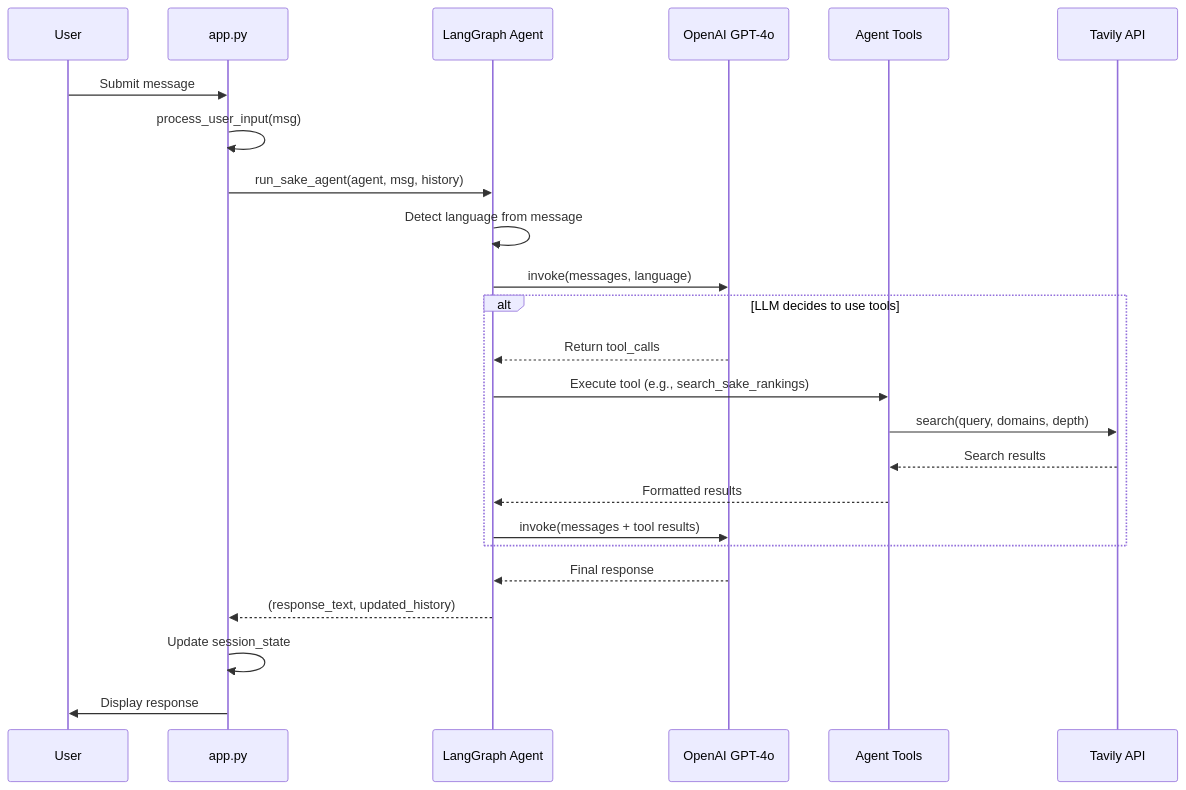
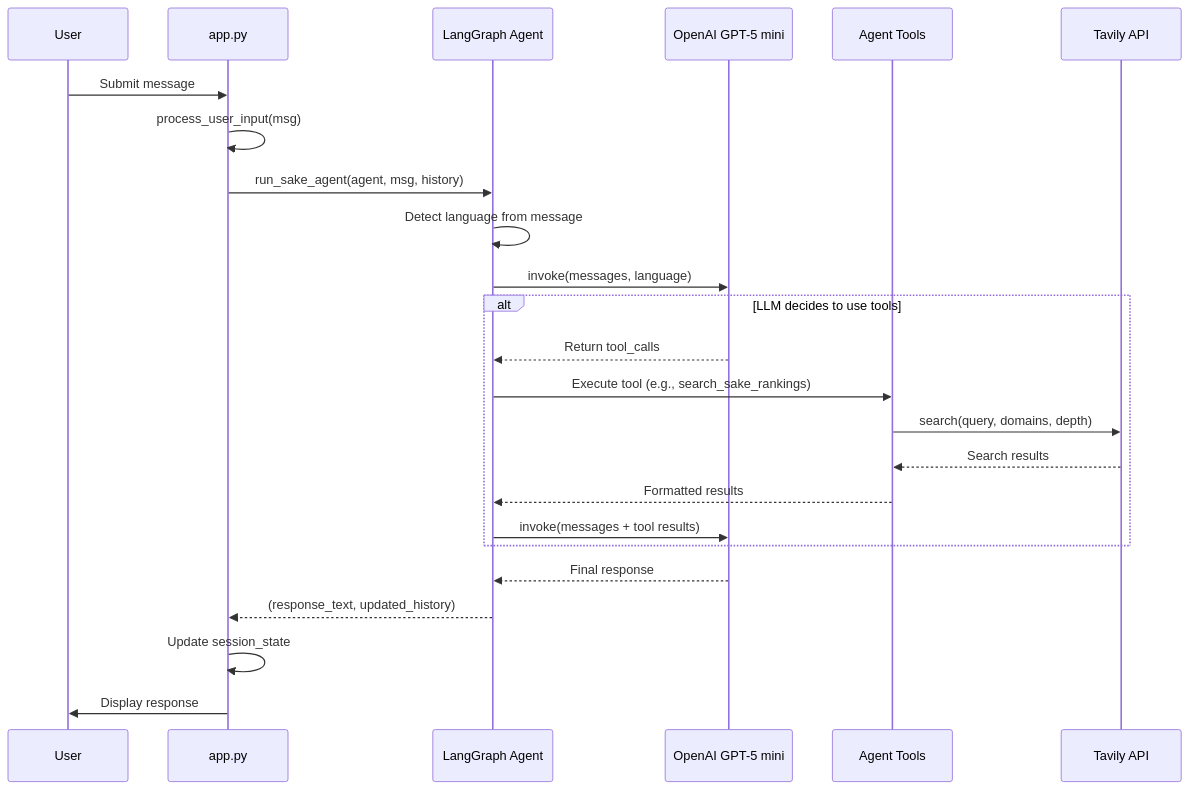
One commit to riko-py-mk/japan_sake_guide_app changed the seventh of 14 diagrams in SYSTEM_DIAGRAM.md. Above: the diagram before and after it, drawn with Mermaid. The commit also changed other lines of this file and 7 other files, not shown here.

First line of the commit message:
Replace retiring GPT-4o with cheaper gpt-5-mini (configurable via OPENAI_MODEL)

````diff
--- a/SYSTEM_DIAGRAM.md
+++ b/SYSTEM_DIAGRAM.md
@@ -362,29 +361,29 @@
 ```mermaid
 sequenceDiagram
     participant User
     participant App as app.py
     participant Agent as LangGraph Agent
-    participant LLM as OpenAI GPT-4o
+    participant LLM as OpenAI GPT-5 mini
     participant Tools as Agent Tools
     participant Tavily as Tavily API
 
     User->>App: Submit message
     App->>App: process_user_input(msg)
     App->>Agent: run_sake_agent(agent, msg, history)
     Agent->>Agent: Detect language from message
     Agent->>LLM: invoke(messages, language)
 
     alt LLM decides to use tools
         LLM-->>Agent: Return tool_calls
         Agent->>Tools: Execute tool (e.g., search_sake_rankings)
         Tools->>Tavily: search(query, domains, depth)
         Tavily-->>Tools: Search results
         Tools-->>Agent: Formatted results
         Agent->>LLM: invoke(messages + tool results)
     end
 
     LLM-->>Agent: Final response
     Agent-->>App: (response_text, updated_history)
     App->>App: Update session_state
     App->>User: Display response
 ```
````
